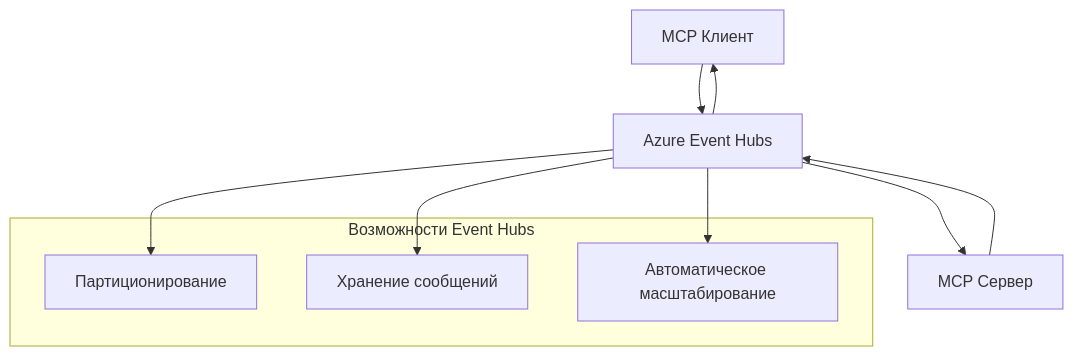
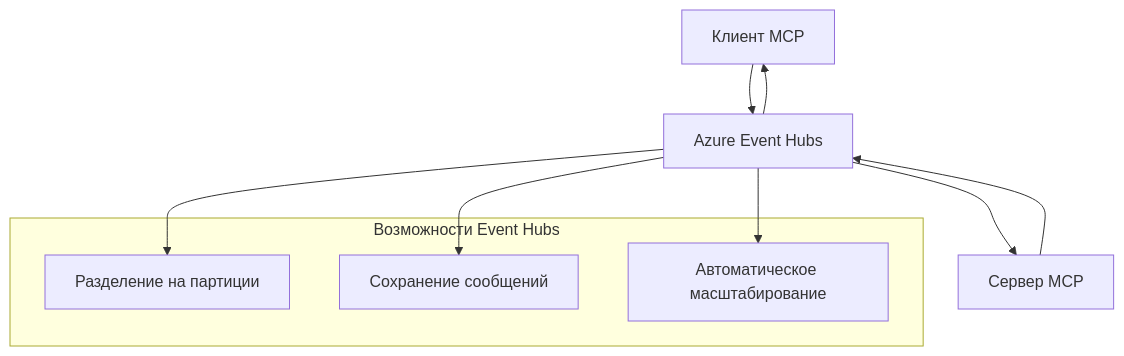
Before and after one commit to HIDORAKAI002/ai-workspace-archive: the second of 2 diagrams in mcp_ecosystem__model_context_protocol/mcp_learning_resources/mcp-for-beginners/translations/ru/05-AdvancedTopics/mcp-transport/README.md, drawn with Mermaid. The commit also changed other lines of this file and 1046 other files, not shown here.

````diff
--- a/mcp_ecosystem__model_context_protocol/mcp_learning_resources/mcp-for-beginners/translations/ru/05-AdvancedTopics/mcp-transport/README.md
+++ b/mcp_ecosystem__model_context_protocol/mcp_learning_resources/mcp-for-beginners/translations/ru/05-AdvancedTopics/mcp-transport/README.md
@@ -270,17 +272,17 @@
 ```mermaid
 graph TB
-    Client[MCP Клиент] --> EH[Azure Event Hubs]
-    EH --> Server[MCP Сервер]
+    Client[Клиент MCP] --> EH[Azure Event Hubs]
+    EH --> Server[Сервер MCP]
     Server --> EH
     EH --> Client
     
     subgraph "Возможности Event Hubs"
-        Partition[Партиционирование]
-        Retention[Хранение сообщений]
+        Partition[Разделение на партиции]
+        Retention[Сохранение сообщений]
         Scaling[Автоматическое масштабирование]
     end
     
     EH --> Partition
     EH --> Retention
     EH --> Scaling
 ```
````
